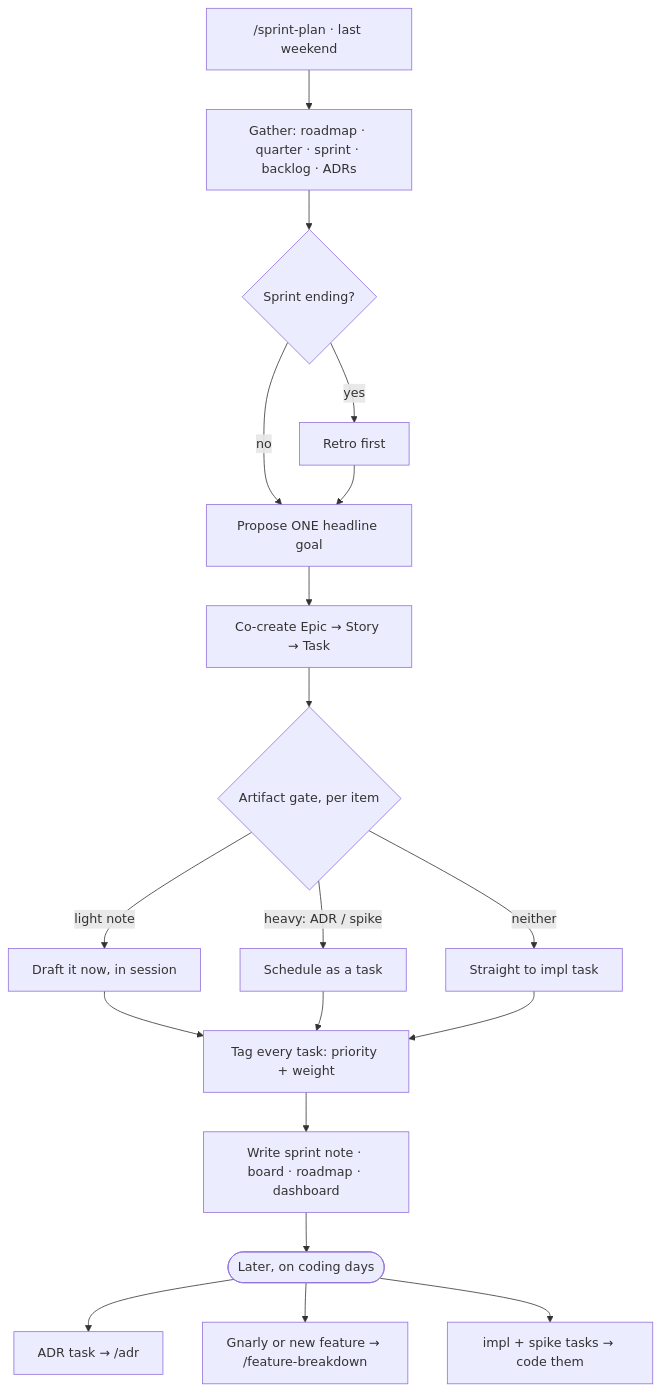
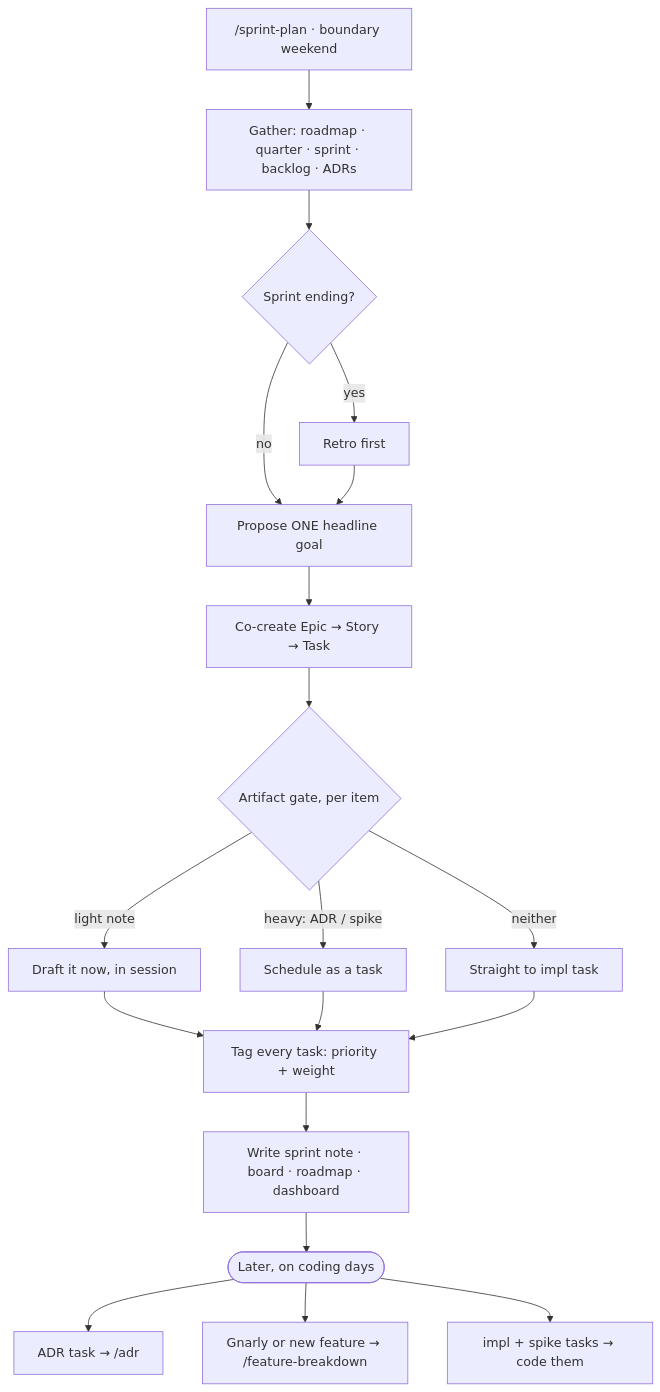
One commit to techattackteam/TechEngine changed the diagram in docs/06 Sprints/Planning Workflow — Artifact Gate.md. Above: the diagram before and after it, drawn with Mermaid. The commit also changed 23 other files, not shown here.

````diff
--- a/docs/06 Sprints/Planning Workflow — Artifact Gate.md
+++ b/docs/06 Sprints/Planning Workflow — Artifact Gate.md
@@ -114,21 +114,21 @@
 ```mermaid
 flowchart TD
-    A["/sprint-plan · last weekend"] --> B["Gather: roadmap · quarter · sprint · backlog · ADRs"]
+    A["/sprint-plan · boundary weekend"] --> B["Gather: roadmap · quarter · sprint · backlog · ADRs"]
     B --> C{"Sprint ending?"}
     C -->|yes| D["Retro first"]
     C -->|no| E["Propose ONE headline goal"]
     D --> E
     E --> F["Co-create Epic → Story → Task"]
     F --> G{"Artifact gate, per item"}
     G -->|light note| H["Draft it now, in session"]
     G -->|"heavy: ADR / spike"| I["Schedule as a task"]
     G -->|neither| J["Straight to impl task"]
     H --> K["Tag every task: priority + weight"]
     I --> K
     J --> K
     K --> L["Write sprint note · board · roadmap · dashboard"]
     L --> M(["Later, on coding days"])
     M --> N["ADR task → /adr"]
     M --> O["Gnarly or new feature → /feature-breakdown"]
     M --> P["impl + spike tasks → code them"]
 ```
````
